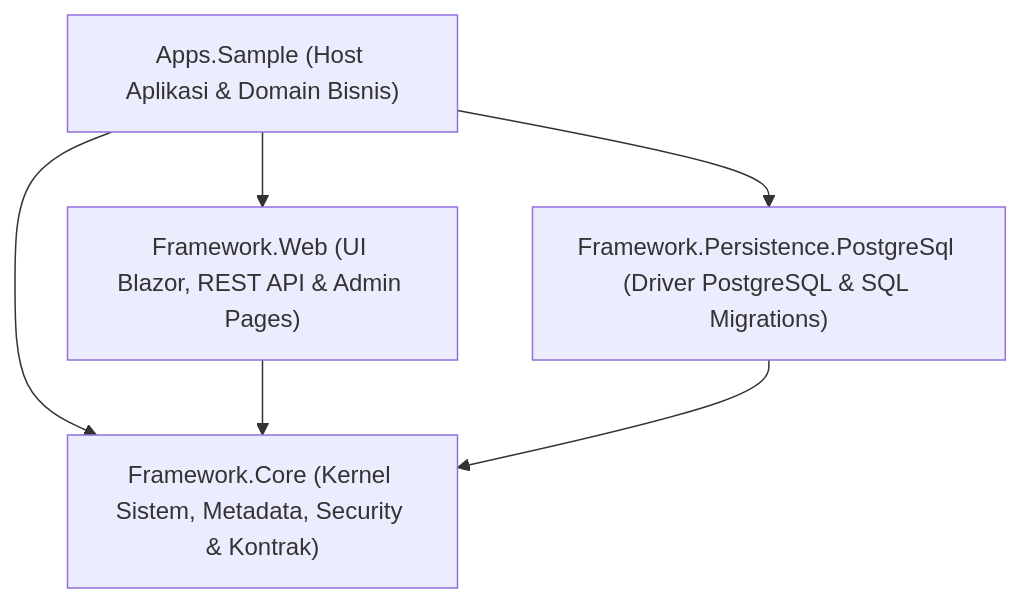
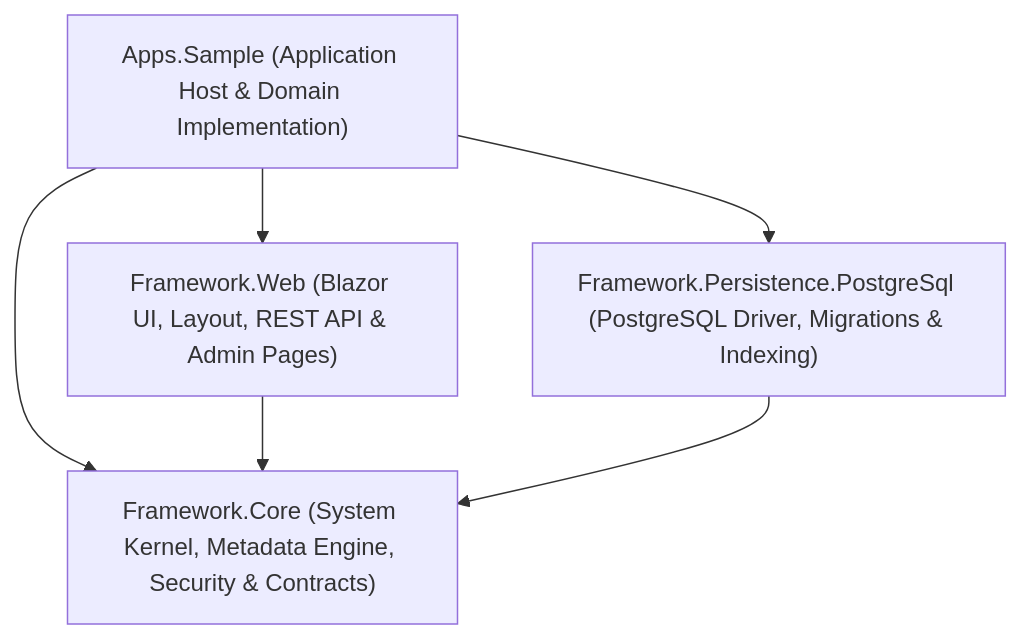
One commit to frogframework-admin/frogframe changed the diagram in docs/PROJECT_STRUCTURE.md. Above: the diagram before and after it, drawn with Mermaid. The commit also changed other lines of this file, not shown here.

````diff
--- a/docs/PROJECT_STRUCTURE.md
+++ b/docs/PROJECT_STRUCTURE.md
@@ -9,13 +9,13 @@
 ```mermaid
 graph TD
-    Sample["Apps.Sample (Host Aplikasi & Domain Bisnis)"]
-    Web["Framework.Web (UI Blazor, REST API & Admin Pages)"]
-    Persistence["Framework.Persistence.PostgreSql (Driver PostgreSQL & SQL Migrations)"]
-    Core["Framework.Core (Kernel Sistem, Metadata, Security & Kontrak)"]
+    Sample["Apps.Sample (Application Host & Domain Implementation)"]
+    Web["Framework.Web (Blazor UI, Layout, REST API & Admin Pages)"]
+    Persistence["Framework.Persistence.PostgreSql (PostgreSQL Driver, Migrations & Indexing)"]
+    Core["Framework.Core (System Kernel, Metadata Engine, Security & Contracts)"]
 
     Sample --> Web
     Sample --> Persistence
     Sample --> Core
     Web --> Core
     Persistence --> Core
 ```
````
